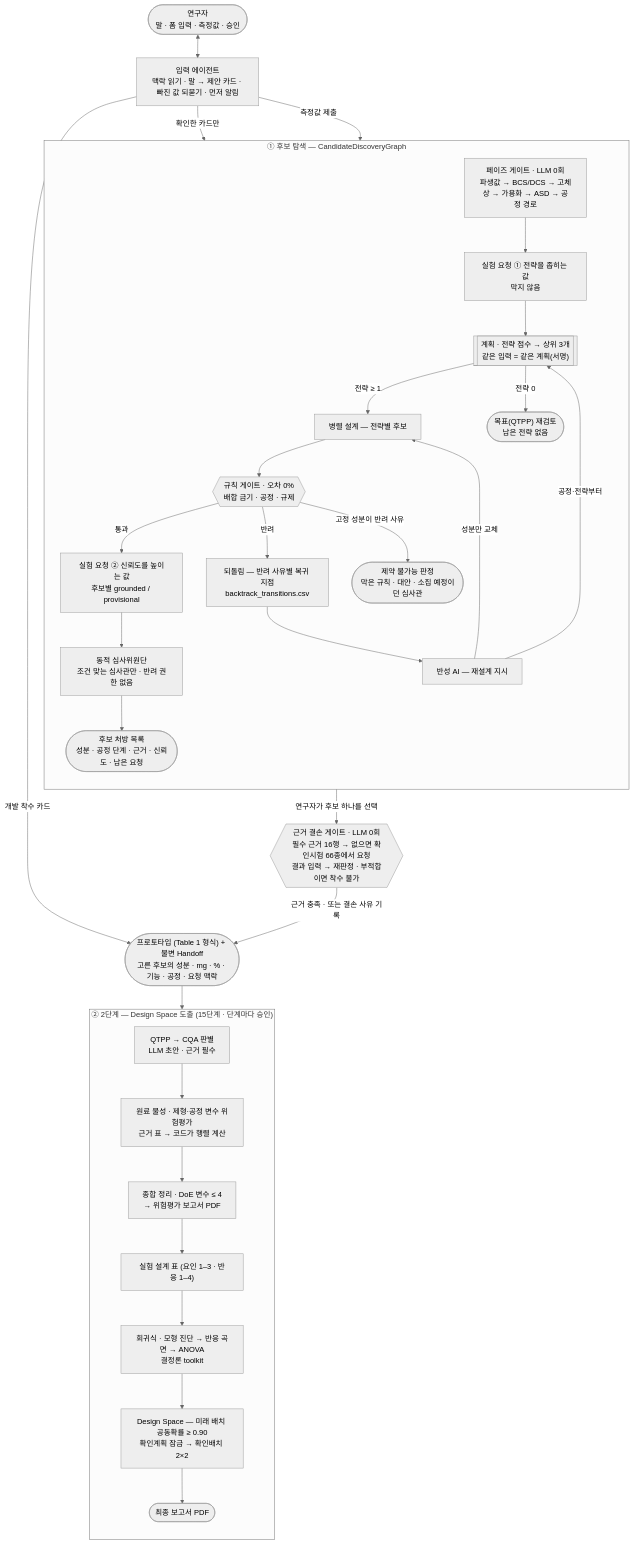
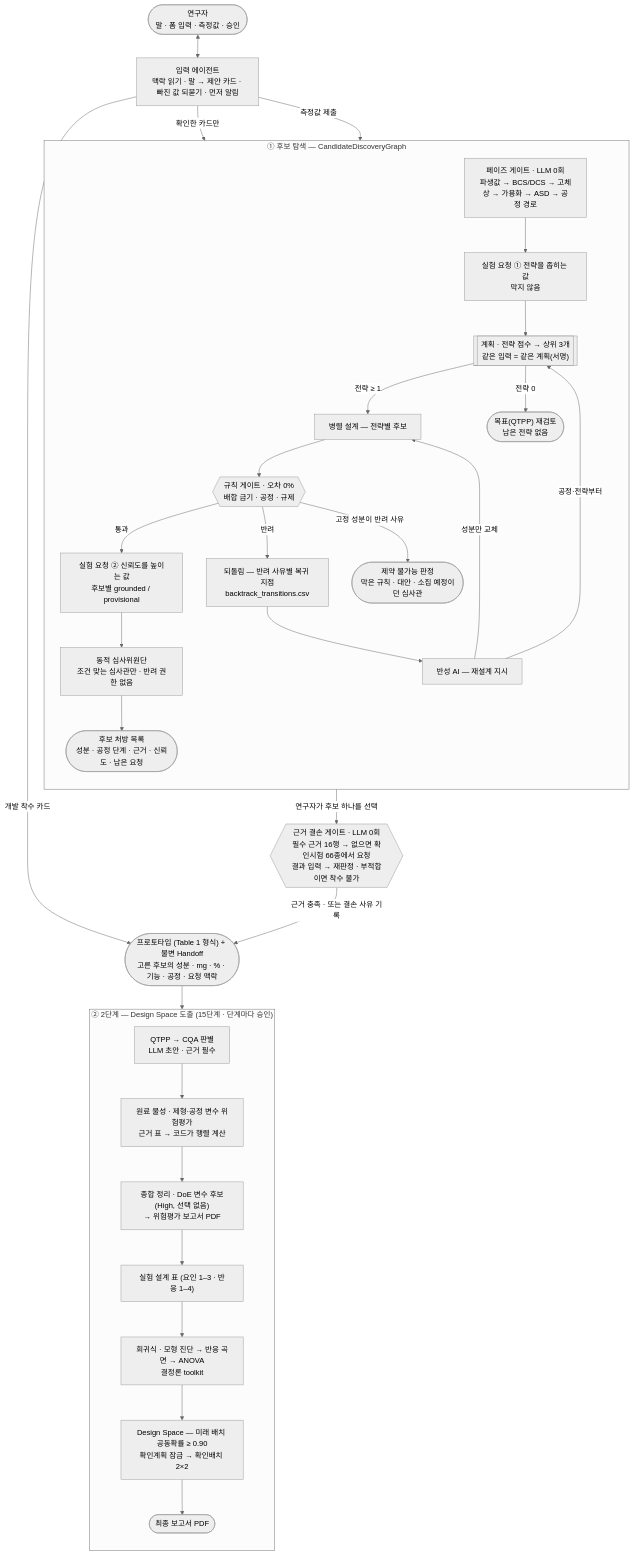
The diagram in README.md (zihwaan/formula1-qbd), drawn with Mermaid (neutral theme) before and after one commit. The commit also changed other lines of this file and 22 other files, not shown here.

First line of the commit message:
2단계 8단계에서 DoE 변수 선택 제외 — 종합 정리(확인만) + 위험평가 보고서 PDF를 후보 목록 바로 아래에

````diff
--- a/README.md
+++ b/README.md
@@ -91,50 +91,50 @@
 ```mermaid
 flowchart TB
     U(["연구자<br/>말 · 폼 입력 · 측정값 · 승인"])
     IA["입력 에이전트<br/>맥락 읽기 · 말 → 제안 카드 · 빠진 값 되묻기 · 먼저 알림"]
 
     subgraph D["① 후보 탐색 — CandidateDiscoveryGraph"]
         direction TB
         PG["페이즈 게이트 · LLM 0회<br/>파생값 → BCS/DCS → 고체상 → 가용화 → ASD → 공정 경로"]
         DN["실험 요청 ① 전략을 좁히는 값<br/>막지 않음"]
         PL[["계획 · 전략 점수 → 상위 3개<br/>같은 입력 = 같은 계획(서명)"]]
         G["병렬 설계 — 전략별 후보"]
         R{{"규칙 게이트 · 오차 0%<br/>배합 금기 · 공정 · 규제"}}
         DR["실험 요청 ② 신뢰도를 높이는 값<br/>후보별 grounded / provisional"]
         J["동적 심사위원단<br/>조건 맞는 심사관만 · 반려 권한 없음"]
         C(["후보 처방 목록<br/>성분 · 공정 단계 · 근거 · 신뢰도 · 남은 요청"])
         BT["되돌림 — 반려 사유별 복귀 지점<br/>backtrack_transitions.csv"]
         RF["반성 AI — 재설계 지시"]
         Q(["목표(QTPP) 재검토<br/>남은 전략 없음"])
         INF(["제약 불가능 판정<br/>막은 규칙 · 대안 · 소집 예정이던 심사관"])
         PG --> DN --> PL
         PL -->|전략 ≥ 1| G --> R
         PL -->|전략 0| Q
         R -->|통과| DR --> J --> C
         R -->|반려| BT --> RF
         RF -->|성분만 교체| G
         RF -->|공정·전략부터| PL
         R -->|고정 성분이 반려 사유| INF
     end
 
     EV{{"근거 결손 게이트 · LLM 0회<br/>필수 근거 16행 → 없으면 확인시험 66종에서 요청<br/>결과 입력 → 재판정 · 부적합이면 착수 불가"}}
     H(["프로토타입 (Table 1 형식) + 불변 Handoff<br/>고른 후보의 성분 · mg · % · 기능 · 공정 · 요청 맥락"])
 
     subgraph E["② 2단계 — Design Space 도출 (15단계 · 단계마다 승인)"]
         direction TB
         E1["QTPP → CQA 판별<br/>LLM 초안 · 근거 필수"]
         E2["원료 물성 · 제형·공정 변수 위험평가<br/>근거 표 → 코드가 행렬 계산"]
-        E3["종합 정리 · DoE 변수 ≤ 4<br/>→ 위험평가 보고서 PDF"]
+        E3["종합 정리 · DoE 변수 후보(High, 선택 없음)<br/>→ 위험평가 보고서 PDF"]
         E4["실험 설계 표 (요인 1–3 · 반응 1–4)"]
         E5["회귀식 · 모형 진단 → 반응 곡면 → ANOVA<br/>결정론 toolkit"]
         E6["Design Space — 미래 배치 공동확률 ≥ 0.90<br/>확인계획 잠금 → 확인배치 2×2"]
         V(["최종 보고서 PDF"])
         E1 --> E2 --> E3 --> E4 --> E5 --> E6 --> V
     end
 
     U <--> IA
     IA -->|확인한 카드만| PG
     IA -->|측정값 제출| DR
     IA -->|개발 착수 카드| H
     C -->|연구자가 후보 하나를 선택| EV -->|근거 충족 · 또는 결손 사유 기록| H --> E1
 ```
````
